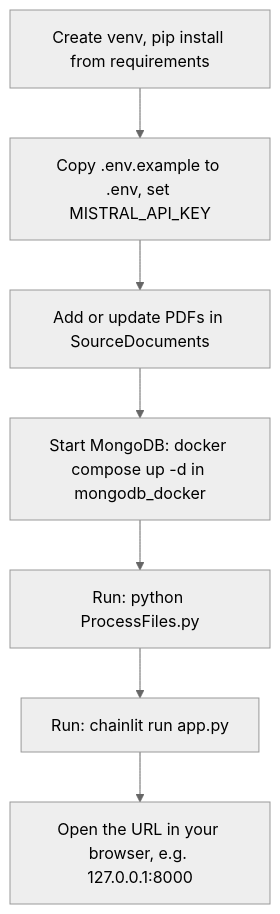
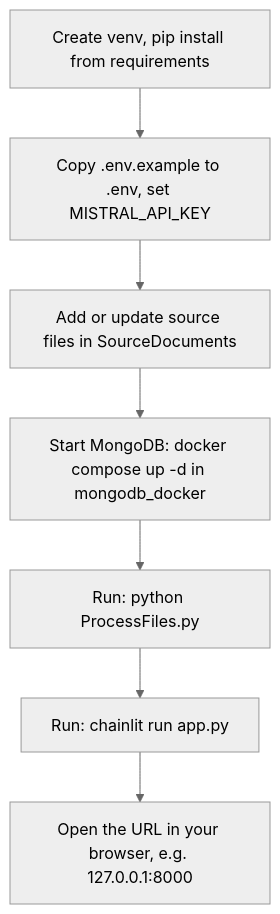
Before and after one commit to rendzina/Giulia-Chatbot-v1: the diagram in README.md, drawn with Mermaid (neutral theme). The commit also changed other lines of this file and 9 other files, not shown here.

````diff
--- a/README.md
+++ b/README.md
@@ -42,16 +42,16 @@
 ```mermaid
 flowchart TD
   firstVenv[Create venv, pip install from requirements]
   firstEnv[Copy .env.example to .env, set MISTRAL_API_KEY]
-  addPdfs[Add or update PDFs in SourceDocuments]
+  addPdfs[Add or update source files in SourceDocuments]
   dockerMongo[Start MongoDB: docker compose up -d in mongodb_docker]
   ingest[Run: python ProcessFiles.py]
   ui[Run: chainlit run app.py]
   openBrowser["Open the URL in your browser, e.g. 127.0.0.1:8000"]
   firstVenv --> firstEnv
   firstEnv --> addPdfs
   addPdfs --> dockerMongo
   dockerMongo --> ingest
   ingest --> ui
   ui --> openBrowser
 ```
````
